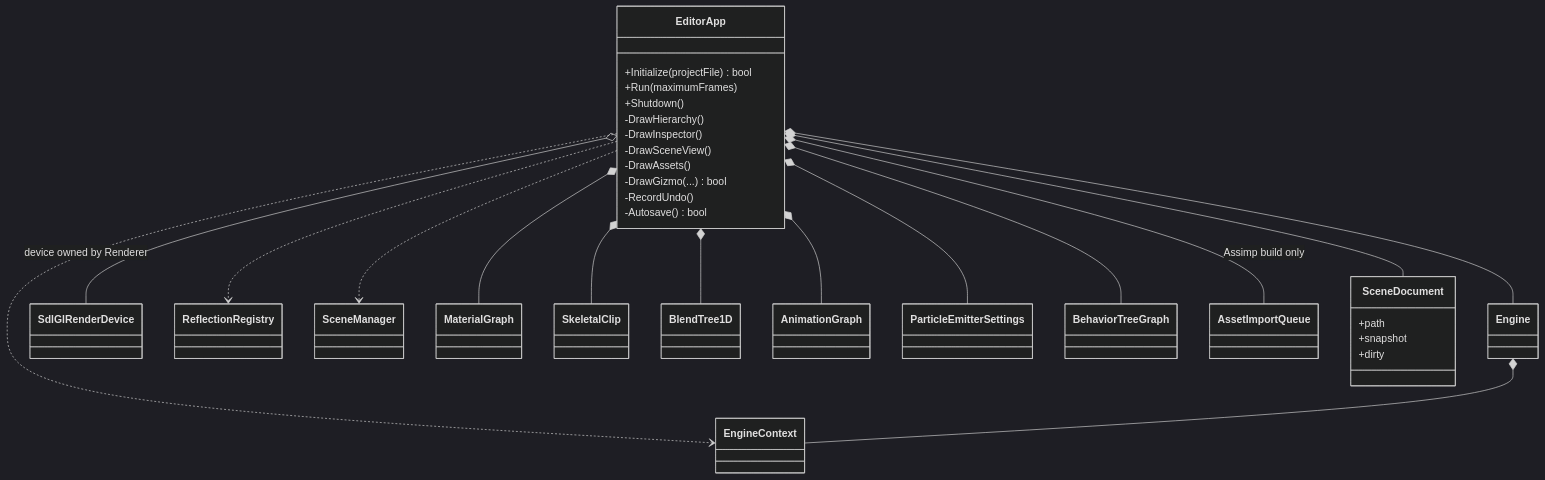
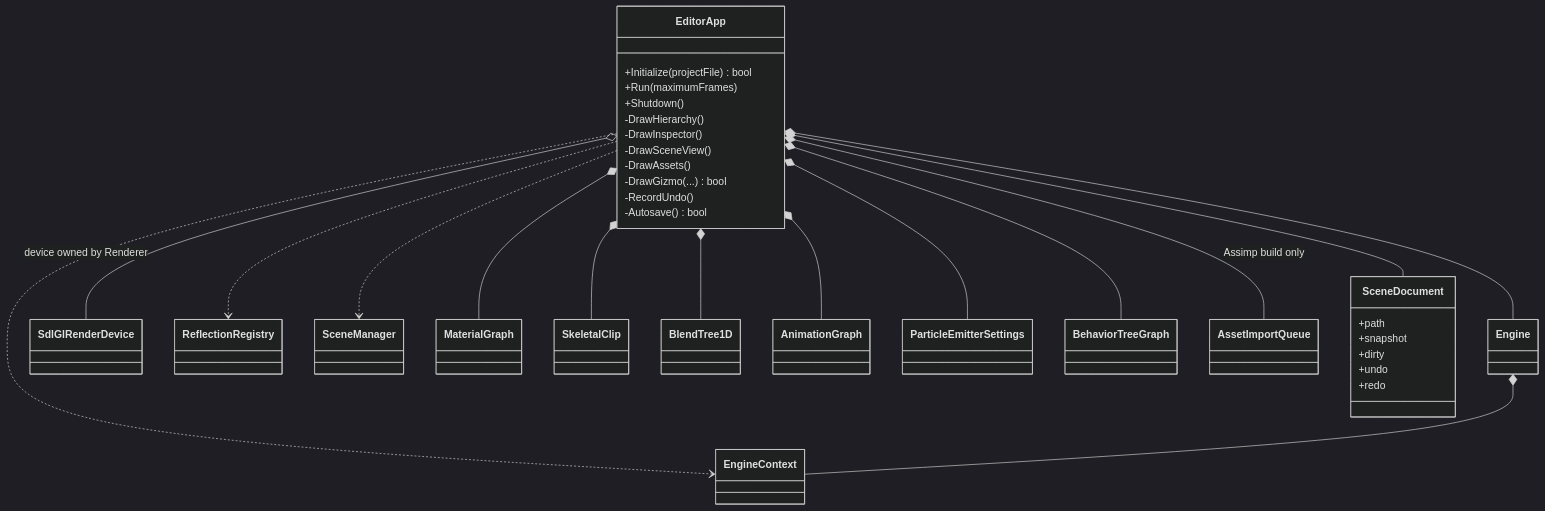
One commit to feiyuz1/Aster-Engine changed diagram 11 of 12 in docs/项目架构.md. Above: the diagram before and after it, drawn with Mermaid (dark theme). The commit also changed other lines of this file and 18 other files, not shown here.

````diff
--- a/docs/项目架构.md
+++ b/docs/项目架构.md
@@ -595,47 +762,49 @@
 ```mermaid
 classDiagram
     class EditorApp {
         +Initialize(projectFile) bool
         +Run(maximumFrames)
         +Shutdown()
         -DrawHierarchy()
         -DrawInspector()
         -DrawSceneView()
         -DrawAssets()
         -DrawGizmo(...) bool
         -RecordUndo()
         -Autosave() bool
     }
     class Engine
     class EngineContext
     class SdlGlRenderDevice
     class ReflectionRegistry
     class SceneManager
     class MaterialGraph
     class SkeletalClip
     class BlendTree1D
     class AnimationGraph
     class ParticleEmitterSettings
     class BehaviorTreeGraph
     class AssetImportQueue
     class SceneDocument {
         +path
         +snapshot
         +dirty
+        +undo
+        +redo
     }
 
     EditorApp *-- Engine
     EditorApp o-- SdlGlRenderDevice : device owned by Renderer
     EditorApp *-- MaterialGraph
     EditorApp *-- SkeletalClip
     EditorApp *-- BlendTree1D
     EditorApp *-- AnimationGraph
     EditorApp *-- ParticleEmitterSettings
     EditorApp *-- BehaviorTreeGraph
     EditorApp *-- SceneDocument
     EditorApp *-- AssetImportQueue : Assimp build only
     EditorApp ..> EngineContext
     EditorApp ..> ReflectionRegistry
     EditorApp ..> SceneManager
     Engine *-- EngineContext
 ```
````
